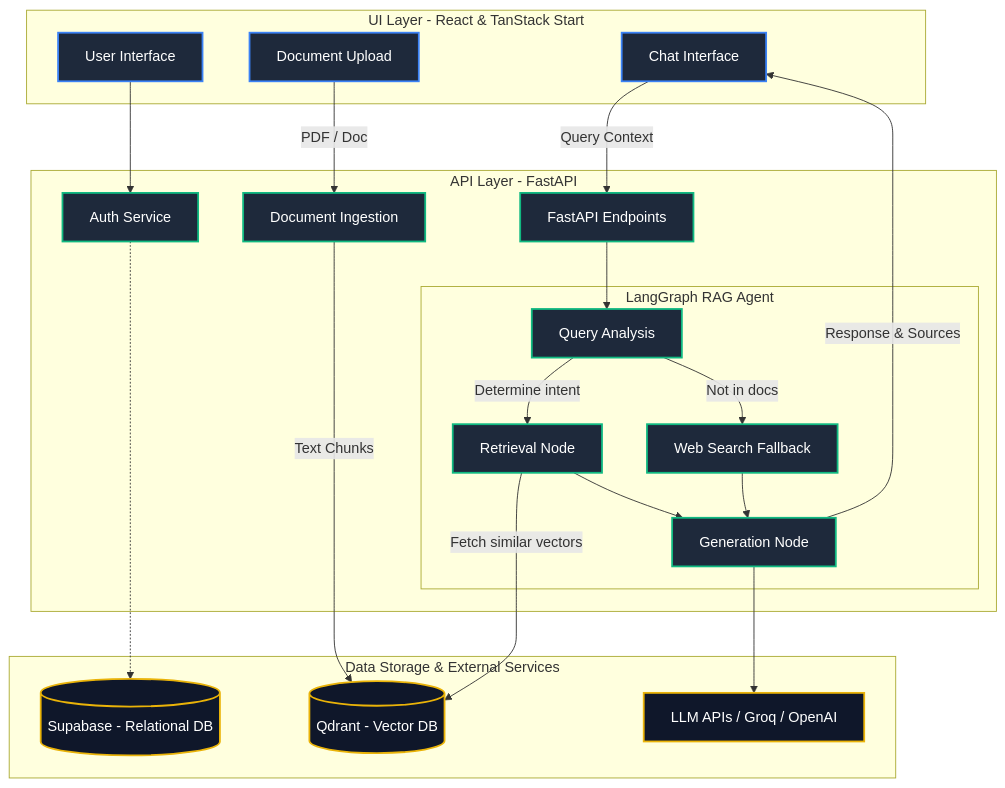
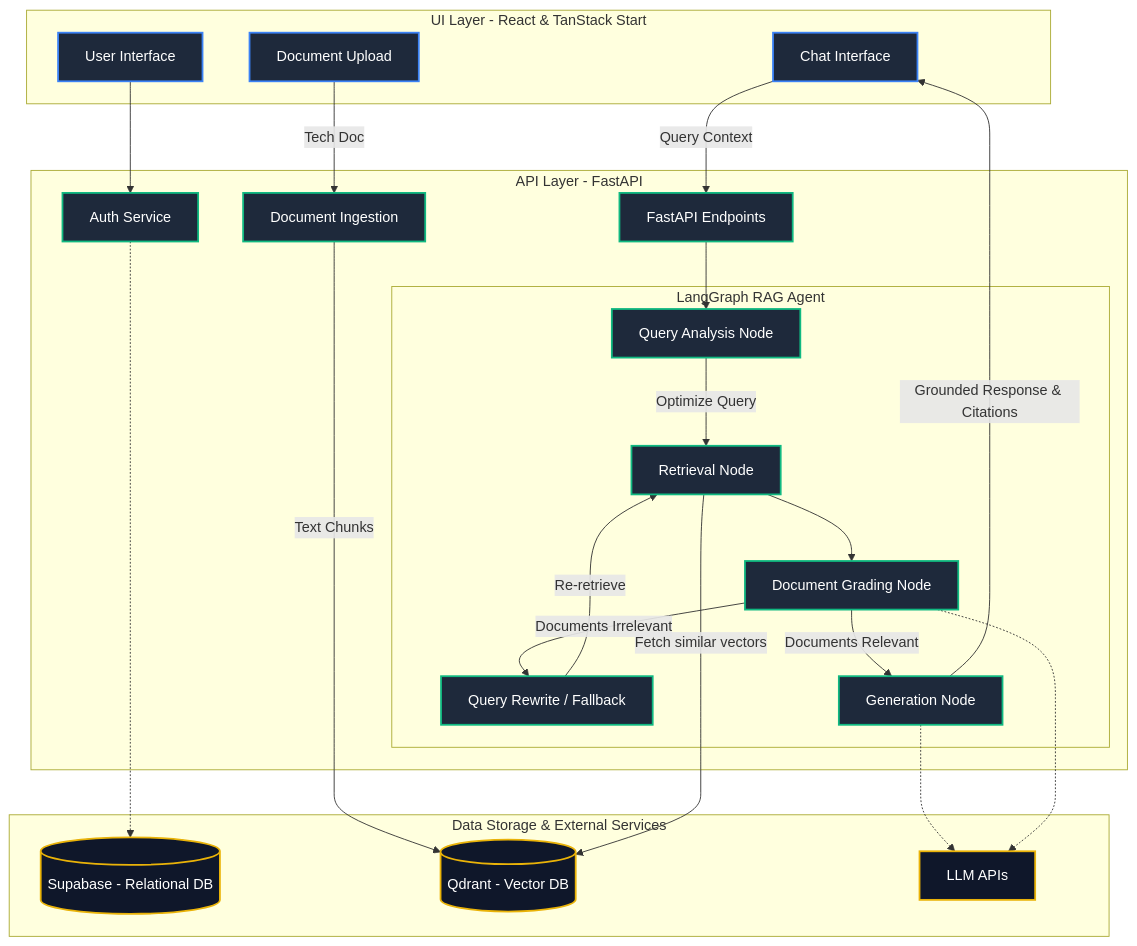
One commit to Manwikkk/exics_ai changed the diagram in README.md. Above: the diagram before and after it, drawn with Mermaid. The commit also changed other lines of this file and 2 other files, not shown here.

````diff
--- a/README.md
+++ b/README.md
@@ -37,49 +35,55 @@
 ```mermaid
 graph TD
     %% Styling
     classDef frontend fill:#1e293b,stroke:#3b82f6,stroke-width:2px,color:#fff;
     classDef backend fill:#1e293b,stroke:#10b981,stroke-width:2px,color:#fff;
     classDef external fill:#0f172a,stroke:#eab308,stroke-width:2px,color:#fff;
     
     subgraph Frontend [UI Layer - React & TanStack Start]
         UI[User Interface]:::frontend
         Chat[Chat Interface]:::frontend
         DocUp[Document Upload]:::frontend
     end
 
     subgraph Backend [API Layer - FastAPI]
         API[FastAPI Endpoints]:::backend
         Ingest[Document Ingestion]:::backend
         Auth[Auth Service]:::backend
         
         subgraph Orchestrator [LangGraph RAG Agent]
-            QA[Query Analysis]:::backend
+            QA[Query Analysis Node]:::backend
             Ret[Retrieval Node]:::backend
+            Grade[Document Grading Node]:::backend
+            Rewrite[Query Rewrite / Fallback]:::backend
             Gen[Generation Node]:::backend
-            Fallback[Web Search Fallback]:::backend
         end
     end
 
     subgraph Infrastructure [Data Storage & External Services]
         Supabase[(Supabase - Relational DB)]:::external
         Qdrant[(Qdrant - Vector DB)]:::external
-        LLM[LLM APIs / Groq / OpenAI]:::external
+        LLM[LLM APIs]:::external
     end
 
     %% Flow connections
-    DocUp -->|PDF / Doc| Ingest
+    DocUp -->|Tech Doc| Ingest
     Chat -->|Query Context| API
     UI --> Auth
 
     Ingest -->|Text Chunks| Qdrant
     API --> QA
-    QA -->|Determine intent| Ret
-    QA -->|Not in docs| Fallback
+    QA -->|Optimize Query| Ret
     Ret -->|Fetch similar vectors| Qdrant
-    Ret --> Gen
-    Fallback --> Gen
-    Gen -->|Response & Sources| Chat
-    Gen --> LLM
+    Ret --> Grade
+    
+    %% Conditional Routing
+    Grade -->|Documents Relevant| Gen
+    Grade -->|Documents Irrelevant| Rewrite
+    Rewrite -->|Re-retrieve| Ret
+    
+    Gen -->|Grounded Response & Citations| Chat
+    Gen -.-> LLM
+    Grade -.-> LLM
 
     Auth -.-> Supabase
 ```
````
